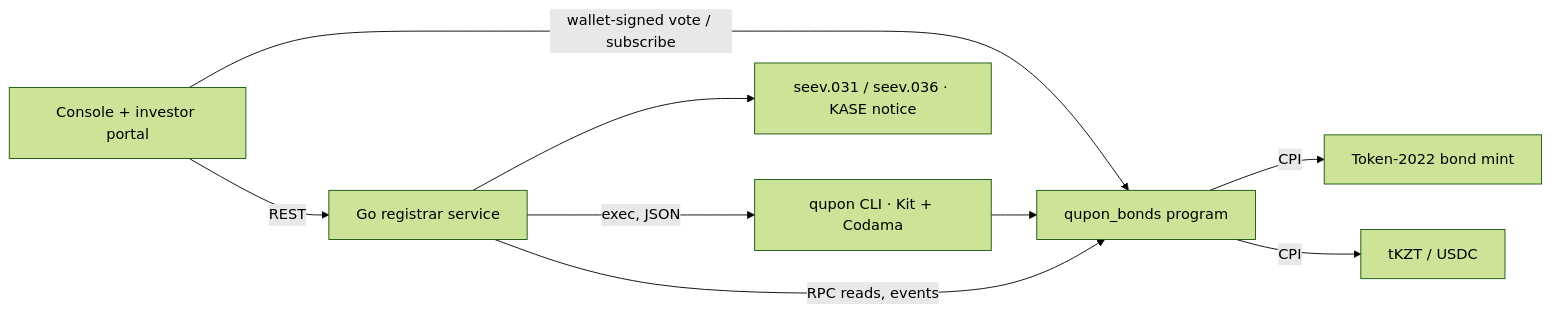
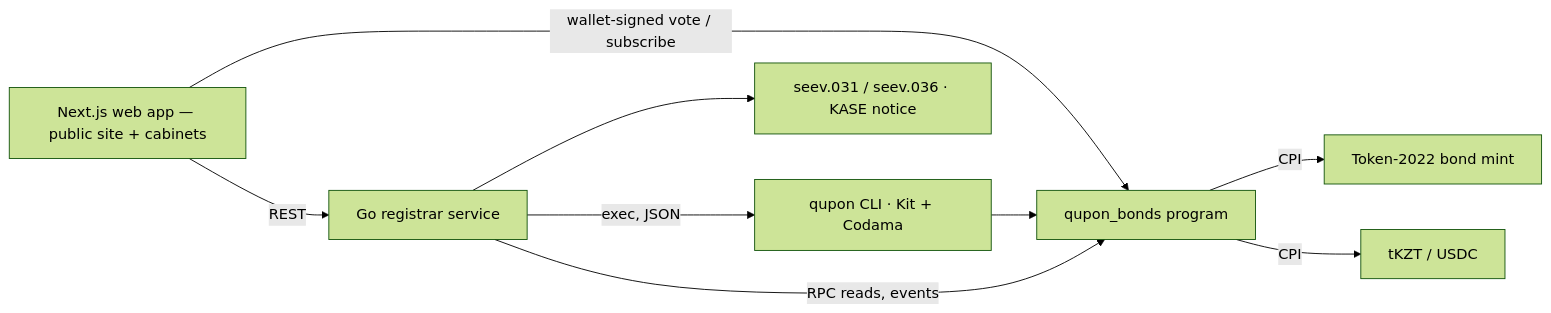
The diagram in docs/TECHNICAL_OVERVIEW.md (savvax/qupon), drawn with Mermaid (forest theme) before and after one commit. The commit also changed other lines of this file and 3 other files, not shown here.

````diff
--- a/docs/TECHNICAL_OVERVIEW.md
+++ b/docs/TECHNICAL_OVERVIEW.md
@@ -7,11 +7,11 @@
 ```mermaid
 flowchart LR
-  UI[Console + investor portal] -->|REST| API[Go registrar service]
+  UI[Next.js web app — public site + cabinets] -->|REST| API[Go registrar service]
   UI -->|wallet-signed vote / subscribe| P
   API -->|exec, JSON| CLI[qupon CLI · Kit + Codama]
   CLI --> P[qupon_bonds program]
   P -->|CPI| T22[Token-2022 bond mint]
   P -->|CPI| CASH[tKZT / USDC]
   API -->|RPC reads, events| P
   API --> ISO[seev.031 / seev.036 · KASE notice]
 ```
````
